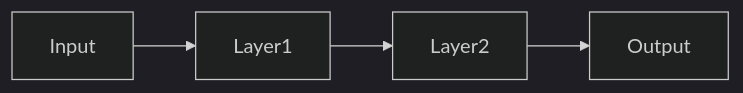
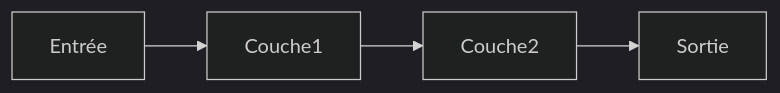
The diagram in i18n/fr/docusaurus-plugin-content-docs/current/neural-networks/index.md (EmersonBraun/ai-summary-hub), drawn with Mermaid (dark theme) before and after one commit. The commit also changed other lines of this file and 384 other files, not shown here.

````diff
--- a/i18n/fr/docusaurus-plugin-content-docs/current/neural-networks/index.md
+++ b/i18n/fr/docusaurus-plugin-content-docs/current/neural-networks/index.md
@@ -17,6 +17,6 @@
 ```mermaid
 flowchart LR
-  Input[Input] --> Layer1[Layer1]
-  Layer1 --> Layer2[Layer2]
-  Layer2 --> Output[Output]
+  Input[Entrée] --> Layer1[Couche1]
+  Layer1 --> Layer2[Couche2]
+  Layer2 --> Output[Sortie]
 ```
````
